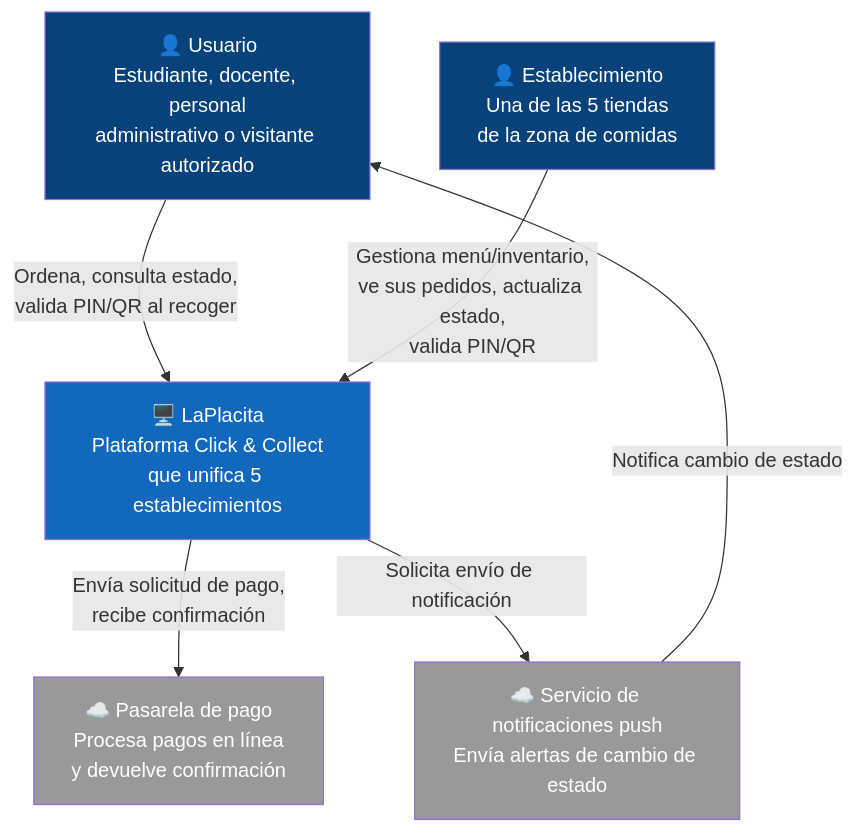
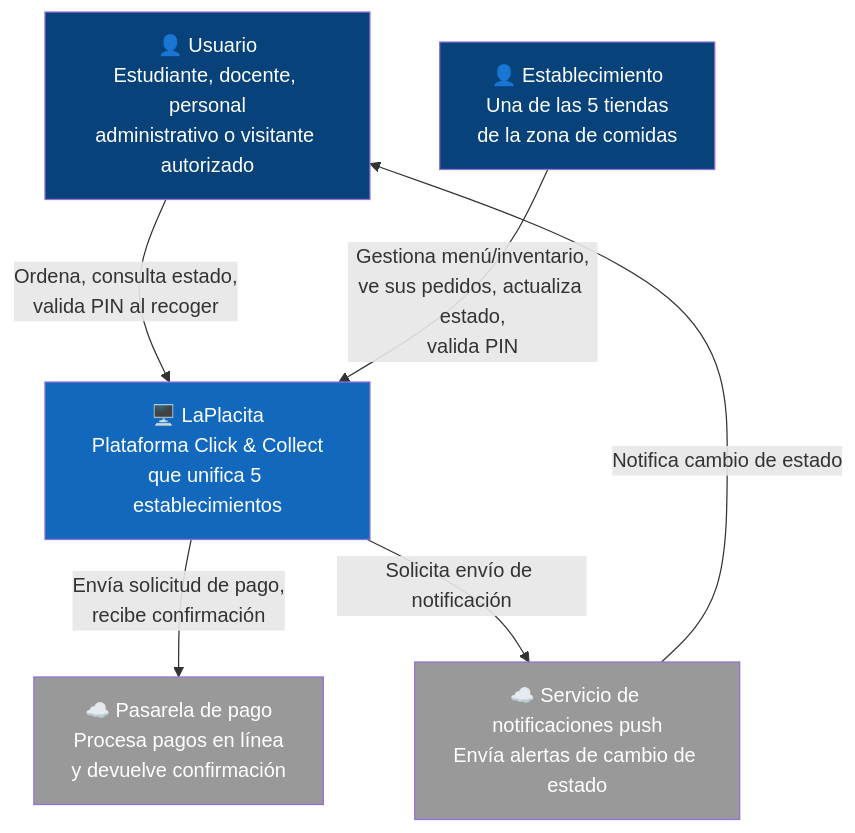
One commit to ISCOUTB/AS_202620_LaPlacita changed the diagram in docs/c4/contexto.md. Above: the diagram before and after it, drawn with Mermaid. The commit also changed other lines of this file, not shown here.

````diff
--- a/docs/c4/contexto.md
+++ b/docs/c4/contexto.md
@@ -5,20 +5,20 @@
 ```mermaid
 graph TB
     Usuario["👤 Usuario<br/>Estudiante, docente, personal<br/>administrativo o visitante autorizado"]
     Establecimiento["👤 Establecimiento<br/>Una de las 5 tiendas<br/>de la zona de comidas"]
     LaPlacita["🖥️ LaPlacita<br/>Plataforma Click & Collect<br/>que unifica 5 establecimientos"]
     Pago["☁️ Pasarela de pago<br/>Procesa pagos en línea<br/>y devuelve confirmación"]
     Push["☁️ Servicio de notificaciones push<br/>Envía alertas de cambio de estado"]
 
-    Usuario -->|"Ordena, consulta estado,<br/>valida PIN/QR al recoger"| LaPlacita
-    Establecimiento -->|"Gestiona menú/inventario,<br/>ve sus pedidos, actualiza estado,<br/>valida PIN/QR"| LaPlacita
+    Usuario -->|"Ordena, consulta estado,<br/>valida PIN al recoger"| LaPlacita
+    Establecimiento -->|"Gestiona menú/inventario,<br/>ve sus pedidos, actualiza estado,<br/>valida PIN"| LaPlacita
     LaPlacita -->|"Envía solicitud de pago,<br/>recibe confirmación"| Pago
     LaPlacita -->|"Solicita envío de notificación"| Push
     Push -->|"Notifica cambio de estado"| Usuario
 
     style LaPlacita fill:#1168bd,color:#fff
     style Usuario fill:#08427b,color:#fff
     style Establecimiento fill:#08427b,color:#fff
     style Pago fill:#999999,color:#fff
     style Push fill:#999999,color:#fff
 ```
````
